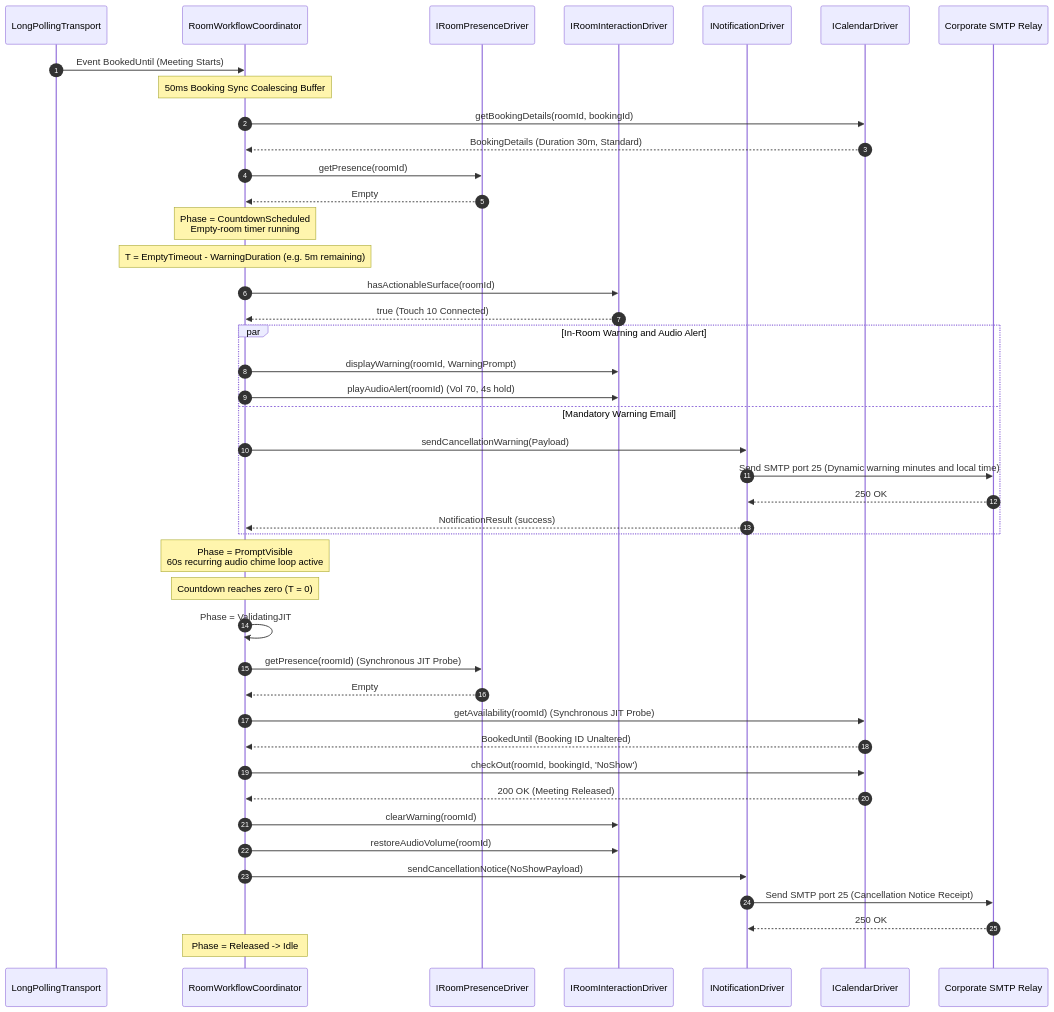
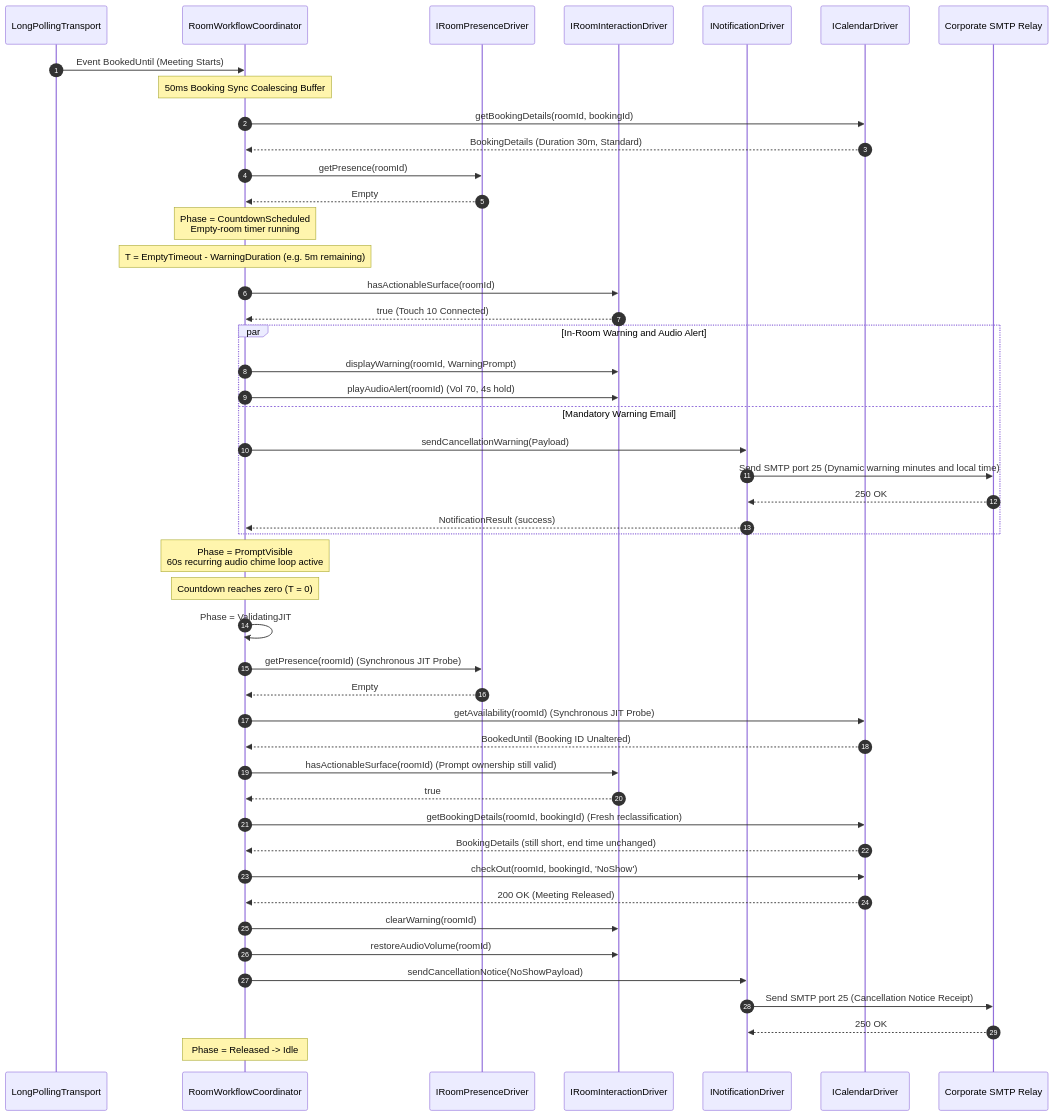
One commit to oscarpe979/vc-booking-autocancellation changed the first of 3 diagrams in service/docs/ServiceLowLevelDesign.md. Above: the diagram before and after it, drawn with Mermaid. The commit also changed other lines of this file and 5 other files, not shown here.

````diff
--- a/service/docs/ServiceLowLevelDesign.md
+++ b/service/docs/ServiceLowLevelDesign.md
@@ -247,54 +317,58 @@
 ```mermaid
 sequenceDiagram
     autonumber
     participant Poller as LongPollingTransport
     participant Coordinator as RoomWorkflowCoordinator
     participant Presence as IRoomPresenceDriver
     participant Interaction as IRoomInteractionDriver
     participant Notify as INotificationDriver
     participant Calendar as ICalendarDriver
     participant Smtp as Corporate SMTP Relay
 
     Poller->>Coordinator: Event BookedUntil (Meeting Starts)
     Note over Coordinator: 50ms Booking Sync Coalescing Buffer
     Coordinator->>Calendar: getBookingDetails(roomId, bookingId)
     Calendar-->>Coordinator: BookingDetails (Duration 30m, Standard)
     Coordinator->>Presence: getPresence(roomId)
     Presence-->>Coordinator: Empty
 
     Note over Coordinator: Phase = CountdownScheduled<br/>Empty-room timer running
 
     Note over Coordinator: T = EmptyTimeout - WarningDuration (e.g. 5m remaining)
     Coordinator->>Interaction: hasActionableSurface(roomId)
     Interaction-->>Coordinator: true (Touch 10 Connected)
     
     par In-Room Warning and Audio Alert
         Coordinator->>Interaction: displayWarning(roomId, WarningPrompt)
         Coordinator->>Interaction: playAudioAlert(roomId) (Vol 70, 4s hold)
     and Mandatory Warning Email
         Coordinator->>Notify: sendCancellationWarning(Payload)
         Notify->>Smtp: Send SMTP port 25 (Dynamic warning minutes and local time)
         Smtp-->>Notify: 250 OK
         Notify-->>Coordinator: NotificationResult (success)
     end
 
     Note over Coordinator: Phase = PromptVisible<br/>60s recurring audio chime loop active
 
     Note over Coordinator: Countdown reaches zero (T = 0)
     Coordinator->>Coordinator: Phase = ValidatingJIT
     Coordinator->>Presence: getPresence(roomId) (Synchronous JIT Probe)
     Presence-->>Coordinator: Empty
     Coordinator->>Calendar: getAvailability(roomId) (Synchronous JIT Probe)
     Calendar-->>Coordinator: BookedUntil (Booking ID Unaltered)
+    Coordinator->>Interaction: hasActionableSurface(roomId) (Prompt ownership still valid)
+    Interaction-->>Coordinator: true
+    Coordinator->>Calendar: getBookingDetails(roomId, bookingId) (Fresh reclassification)
+    Calendar-->>Coordinator: BookingDetails (still short, end time unchanged)
 
     Coordinator->>Calendar: checkOut(roomId, bookingId, 'NoShow')
     Calendar-->>Coordinator: 200 OK (Meeting Released)
     Coordinator->>Interaction: clearWarning(roomId)
     Coordinator->>Interaction: restoreAudioVolume(roomId)
     
     Coordinator->>Notify: sendCancellationNotice(NoShowPayload)
     Notify->>Smtp: Send SMTP port 25 (Cancellation Notice Receipt)
     Smtp-->>Notify: 250 OK
 
     Note over Coordinator: Phase = Released -> Idle
 ```
````
